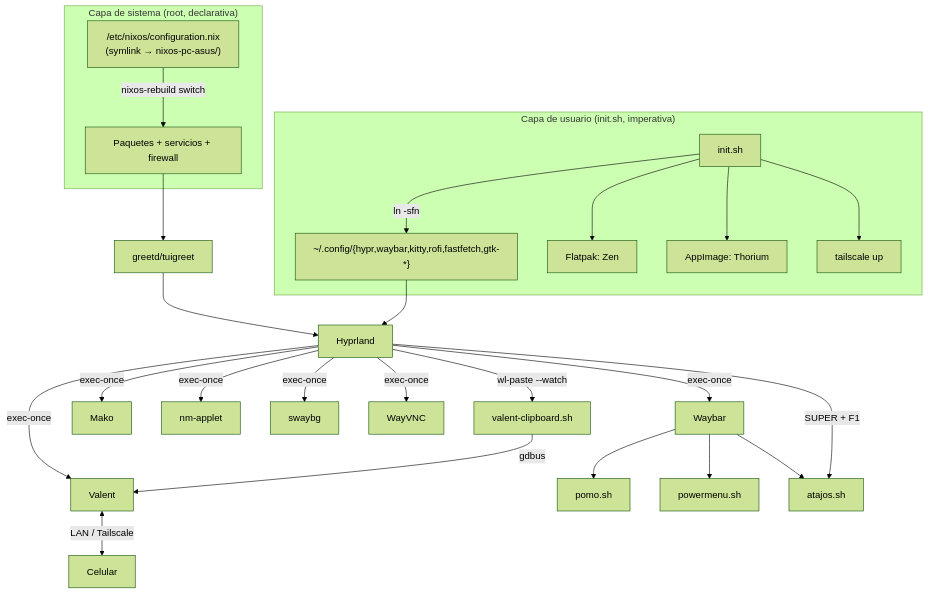
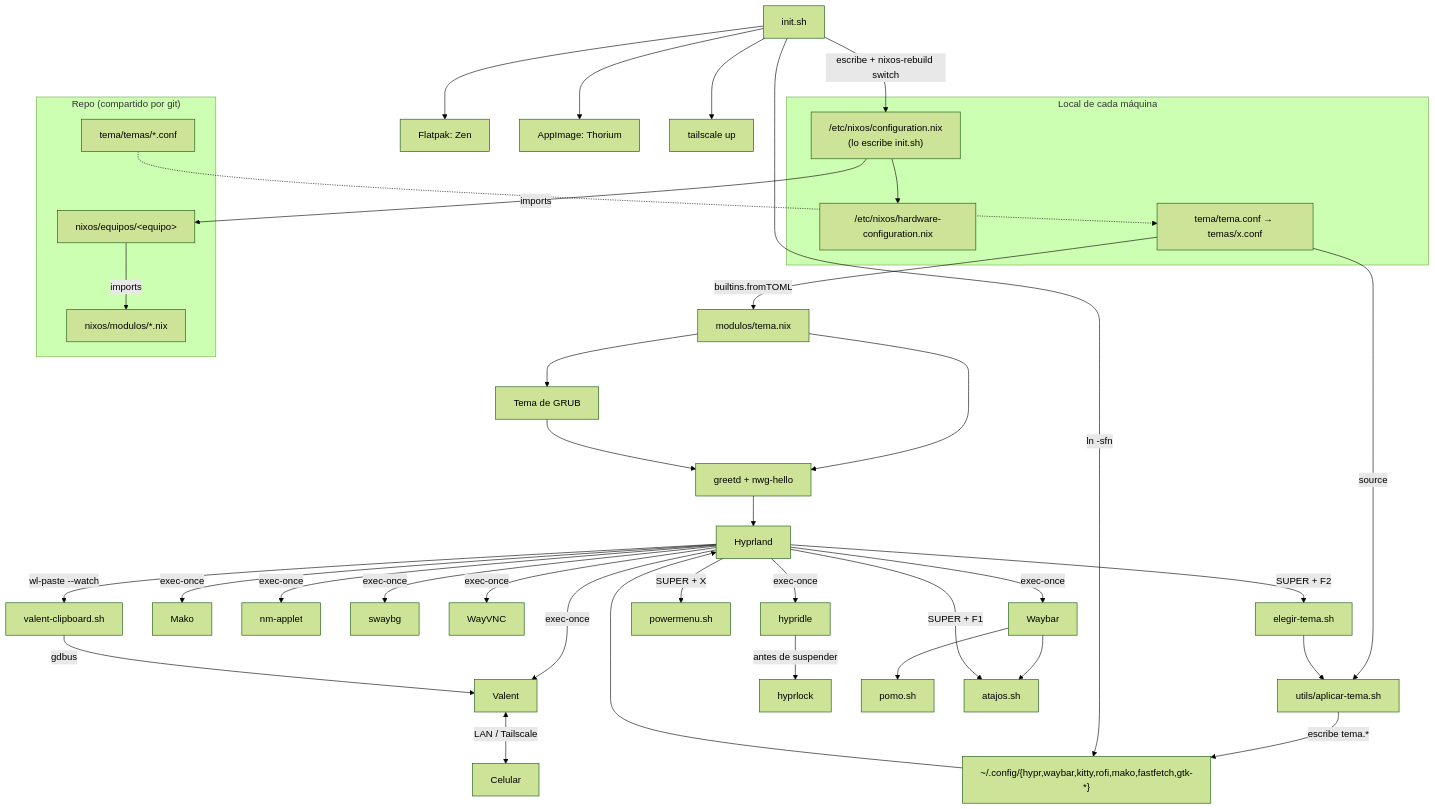
One commit to Giovanni1906/dotfiles-nixos changed the diagram in docs/contexto/01-arquitectura.md. Above: the diagram before and after it, drawn with Mermaid (forest theme). The commit also changed other lines of this file and 6 other files, not shown here.

Commit message:
docs: arquitectura multi-equipo, temas, init.sh y flujo de actualización

````diff
--- a/docs/contexto/01-arquitectura.md
+++ b/docs/contexto/01-arquitectura.md
@@ -58,19 +73,28 @@
 ```mermaid
 flowchart TD
-    subgraph Sistema["Capa de sistema (root, declarativa)"]
-        NIX["/etc/nixos/configuration.nix<br/>(symlink → nixos-pc-asus/)"] -->|nixos-rebuild switch| PKGS[Paquetes + servicios + firewall]
+    subgraph Repo["Repo (compartido por git)"]
+        EQ["nixos/equipos/&lt;equipo&gt;"] -->|imports| MOD["nixos/modulos/*.nix"]
+        TEMAS["tema/temas/*.conf"]
     end
-    subgraph Usuario["Capa de usuario (init.sh, imperativa)"]
-        INIT[init.sh] -->|ln -sfn| CFG["~/.config/{hypr,waybar,kitty,rofi,fastfetch,gtk-*}"]
-        INIT --> FLAT[Flatpak: Zen]
-        INIT --> APPI[AppImage: Thorium]
-        INIT --> TS[tailscale up]
+    subgraph Local["Local de cada máquina"]
+        CONF["/etc/nixos/configuration.nix<br/>(lo escribe init.sh)"] --> HW["/etc/nixos/hardware-configuration.nix"]
+        TEMA["tema/tema.conf → temas/x.conf"]
     end
-    PKGS --> GREETD[greetd/tuigreet] --> HYPR[Hyprland]
+    CONF -->|imports| EQ
+    TEMAS -.-> TEMA
+    TEMA -->|builtins.fromTOML| TNIX[modulos/tema.nix] --> GRUB[Tema de GRUB] & GREETD[greetd + nwg-hello]
+    TEMA -->|source| APLICAR[utils/aplicar-tema.sh] -->|escribe tema.*| CFG
+    INIT[init.sh] -->|ln -sfn| CFG["~/.config/{hypr,waybar,kitty,rofi,mako,fastfetch,gtk-*}"]
+    INIT -->|escribe + nixos-rebuild switch| CONF
+    INIT --> FLAT[Flatpak: Zen] & APPI[AppImage: Thorium] & TS[tailscale up]
+    GRUB --> GREETD --> HYPR[Hyprland]
     CFG --> HYPR
-    HYPR -->|exec-once| WAYBAR[Waybar] & MAKO[Mako] & VALENT[Valent] & NMA[nm-applet] & SWAYBG[swaybg] & VNC[WayVNC]
-    WAYBAR --> POMO[pomo.sh] & POWER[powermenu.sh] & ATAJOS[atajos.sh]
+    HYPR -->|exec-once| WAYBAR[Waybar] & MAKO[Mako] & VALENT[Valent] & NMA[nm-applet] & SWAYBG[swaybg] & VNC[WayVNC] & IDLE[hypridle]
+    IDLE -->|antes de suspender| LOCK[hyprlock]
+    WAYBAR --> POMO[pomo.sh] & ATAJOS[atajos.sh]
     HYPR -->|SUPER + F1| ATAJOS
+    HYPR -->|SUPER + F2| ELEGIR[elegir-tema.sh] --> APLICAR
+    HYPR -->|SUPER + X| POWER[powermenu.sh]
     HYPR -->|wl-paste --watch| CLIP[valent-clipboard.sh] -->|gdbus| VALENT
     VALENT <-->|LAN / Tailscale| PHONE[Celular]
 ```
````
